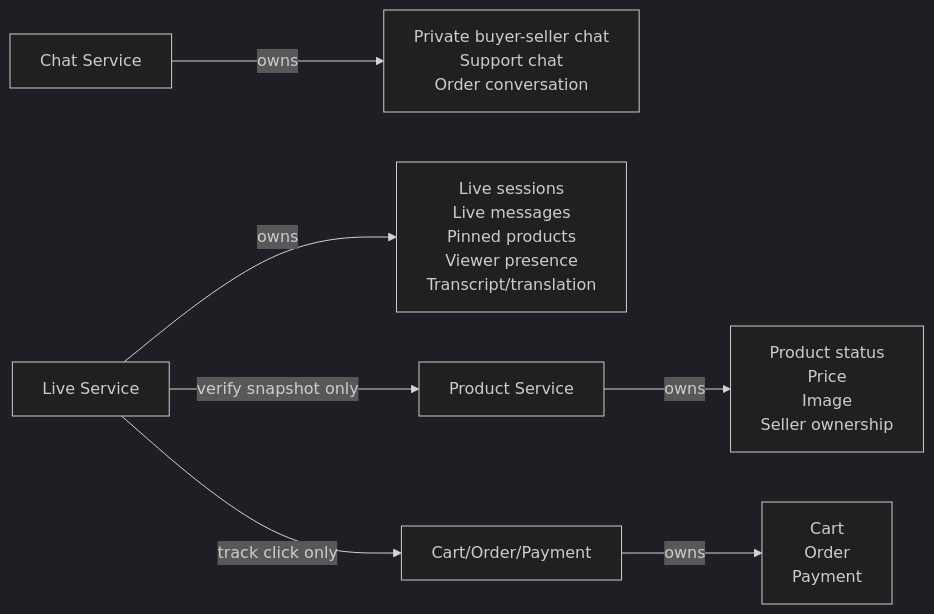
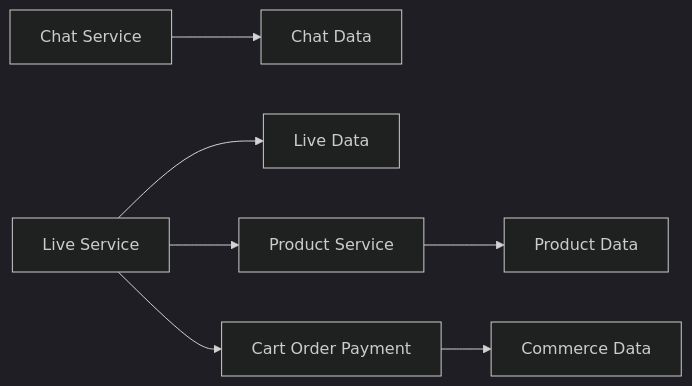
Before and after one commit to truong-devops/ecommerce-microservices: the fifth of 5 diagrams in docs/architecture/livestream-service-diagrams.md, drawn with Mermaid (dark theme). The commit also changed other lines of this file and 17 other files, not shown here.

Commit message:
docs(media-commerce): add devsecops guides and diagrams

````diff
--- a/docs/architecture/livestream-service-diagrams.md
+++ b/docs/architecture/livestream-service-diagrams.md
@@ -150,10 +146,10 @@
 ```mermaid
-flowchart LR
-  Live[Live Service] -->|owns| LiveData[Live sessions<br/>Live messages<br/>Pinned products<br/>Viewer presence<br/>Transcript/translation]
-  Chat[Chat Service] -->|owns| ChatData[Private buyer-seller chat<br/>Support chat<br/>Order conversation]
-  Product[Product Service] -->|owns| ProductData[Product status<br/>Price<br/>Image<br/>Seller ownership]
-  CartOrder[Cart/Order/Payment] -->|owns| CommerceData[Cart<br/>Order<br/>Payment]
+graph LR
+  Live[Live Service] --> LiveData[Live Data]
+  Chat[Chat Service] --> ChatData[Chat Data]
+  Product[Product Service] --> ProductData[Product Data]
+  CartOrder[Cart Order Payment] --> CommerceData[Commerce Data]
 
-  Live -->|verify snapshot only| Product
-  Live -->|track click only| CartOrder
+  Live --> Product
+  Live --> CartOrder
 ```
````
